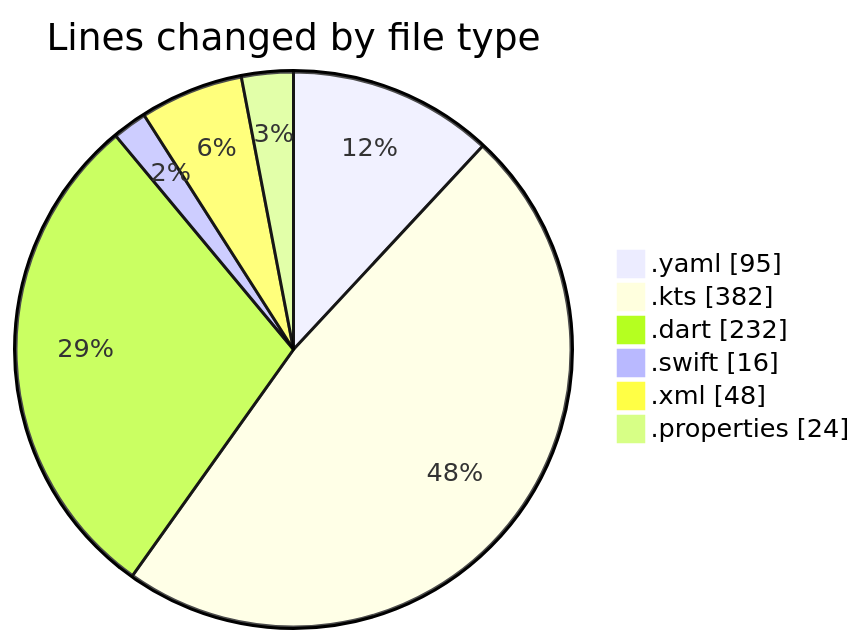
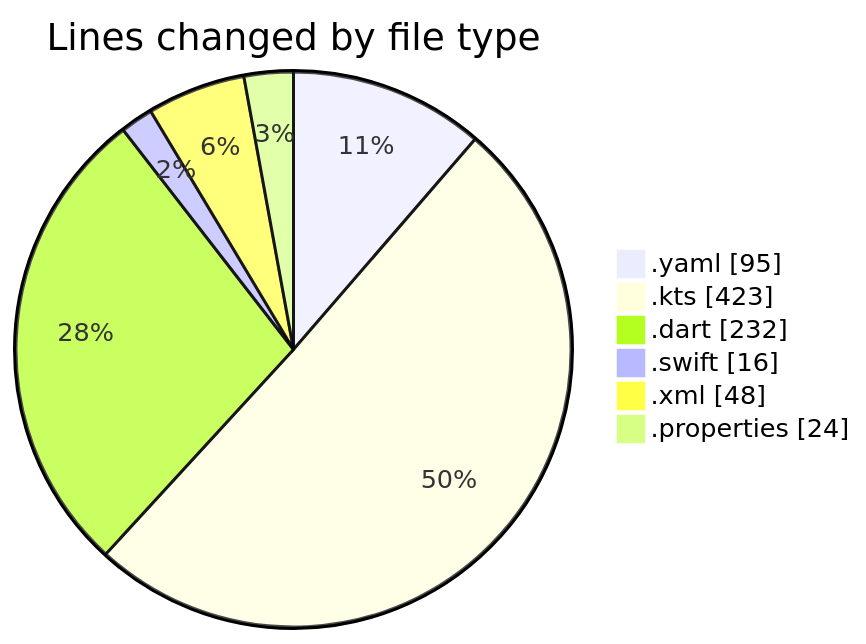
One commit to donsfak/code-tracking changed the first of 2 diagrams in 2025-02-16/uber_clone/README.md. Above: the diagram before and after it, drawn with Mermaid. The commit also changed other lines of this file and 1 other file, not shown here.

````diff
--- a/2025-02-16/uber_clone/README.md
+++ b/2025-02-16/uber_clone/README.md
@@ -28,10 +28,10 @@
 ```mermaid
 pie showData
 title Lines changed by file type
 ".yaml" : 95
-".kts" : 382
+".kts" : 423
 ".dart" : 232
 ".swift" : 16
 ".xml" : 48
 ".properties" : 24
 ```
````
